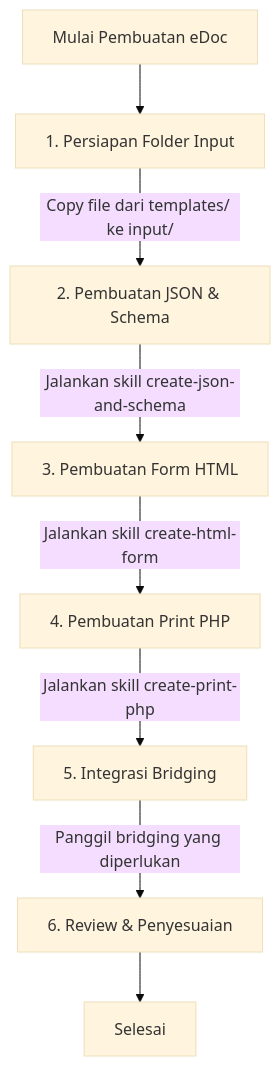
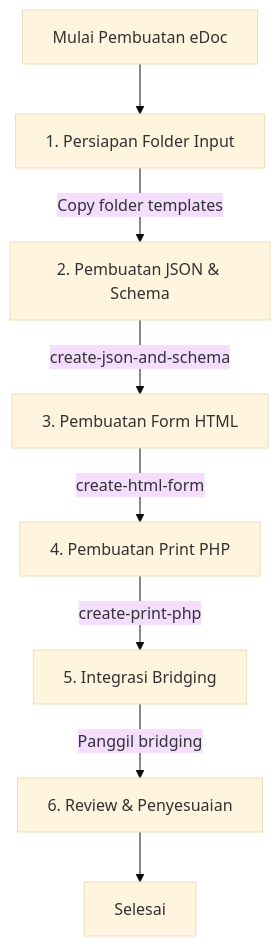
Before and after one commit to AbdanulIkhlas/edoc-generator: the diagram in readme.md, drawn with Mermaid (base theme). The commit also changed other lines of this file, not shown here.

Commit message:
docs: update workflow documentation and folder descriptions in README

````diff
--- a/readme.md
+++ b/readme.md
@@ -24,10 +24,10 @@
 ```mermaid
 flowchart TD
     Start[Mulai Pembuatan eDoc] --> Step1[1. Persiapan Folder Input]
-    Step1 -->|Copy file dari templates/ ke input/| Step2[2. Pembuatan JSON & Schema]
-    Step2 -->|Jalankan skill create-json-and-schema| Step3[3. Pembuatan Form HTML]
-    Step3 -->|Jalankan skill create-html-form| Step4[4. Pembuatan Print PHP]
-    Step4 -->|Jalankan skill create-print-php| Step5[5. Integrasi Bridging]
-    Step5 -->|Panggil bridging yang diperlukan| Step6[6. Review & Penyesuaian]
+    Step1 -->|Copy folder templates| Step2[2. Pembuatan JSON & Schema]
+    Step2 -->|create-json-and-schema| Step3[3. Pembuatan Form HTML]
+    Step3 -->|create-html-form| Step4[4. Pembuatan Print PHP]
+    Step4 -->|create-print-php| Step5[5. Integrasi Bridging]
+    Step5 -->|Panggil bridging| Step6[6. Review & Penyesuaian]
     Step6 --> Finish[Selesai]
 ```
````
